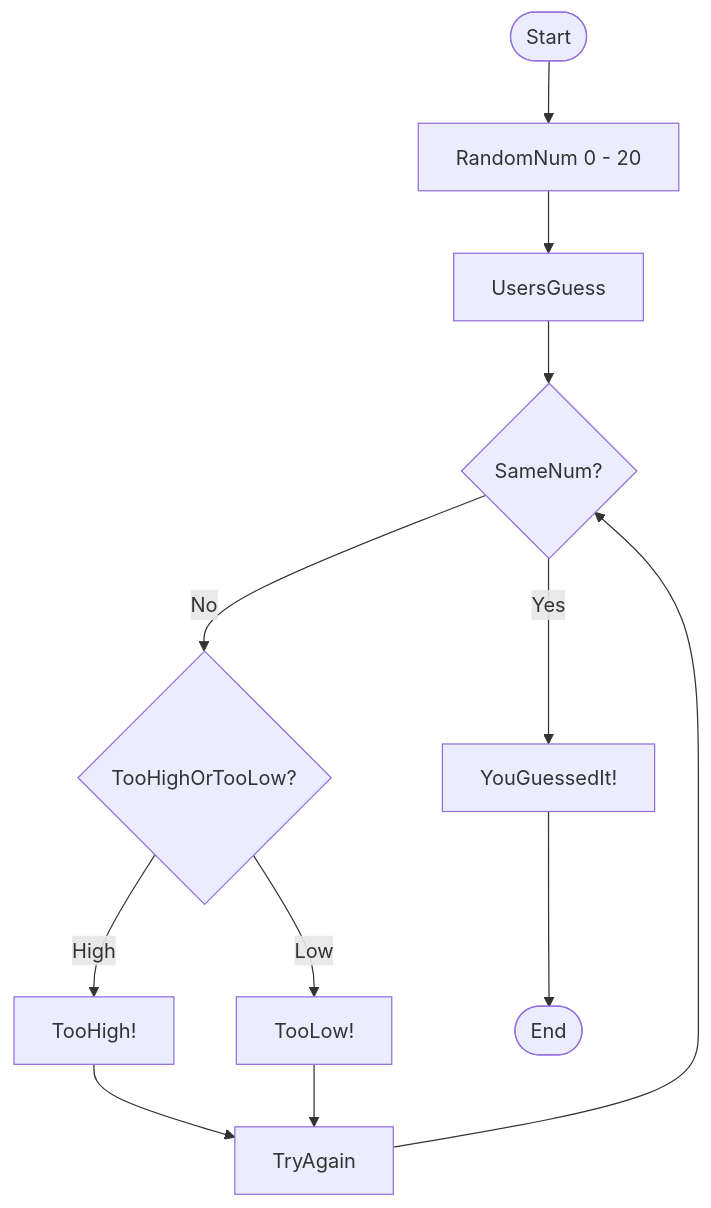
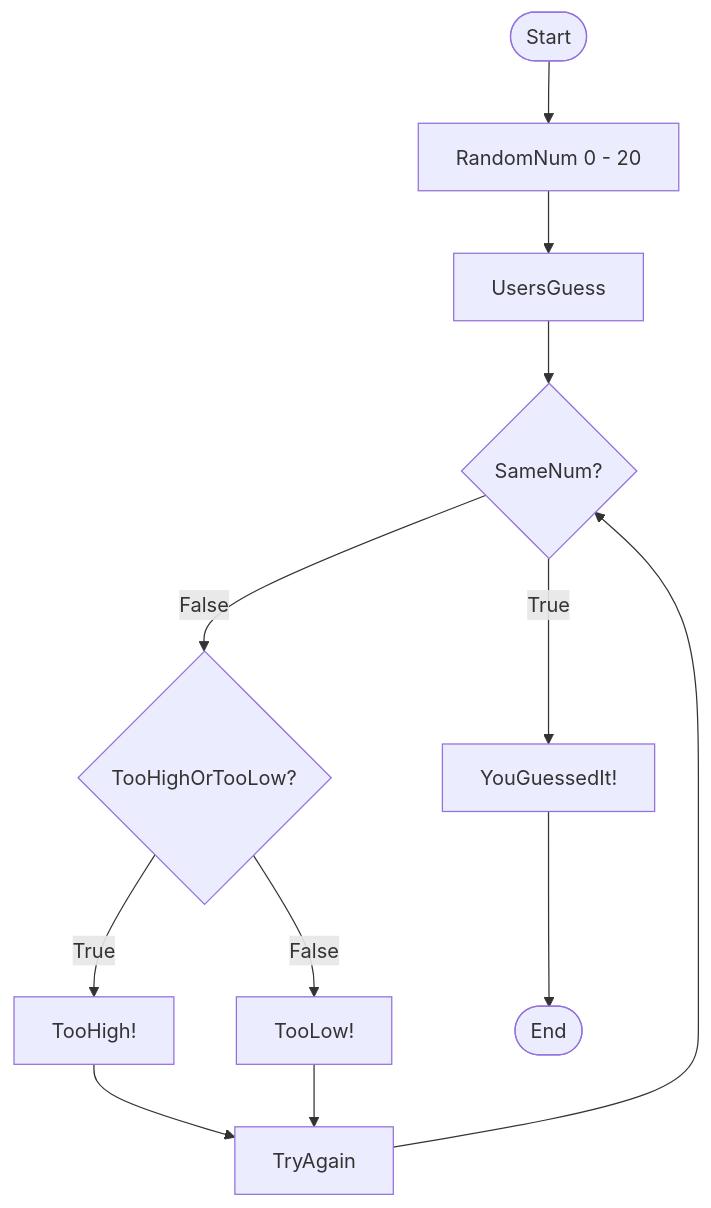
The diagram in README.md (Fate127/Fate127.github.io), drawn with Mermaid before and after one commit.

````diff
--- a/README.md
+++ b/README.md
@@ -22,14 +22,14 @@
 ```mermaid
 flowchart TD
 Start([Start]) --> RandomNum[RandomNum 0 - 20]
 RandomNum --> UsersGuess[UsersGuess]
 UsersGuess --> SameNum?{SameNum?}
-SameNum? -- Yes --> YouGuessedIt![YouGuessedIt!]
-SameNum? -- No --> TooHighOrTooLow?{TooHighOrTooLow?}
-TooHighOrTooLow? -- High --> TooHigh![TooHigh!]
-TooHighOrTooLow? -- Low --> TooLow![TooLow!]
+SameNum? -- True --> YouGuessedIt![YouGuessedIt!]
+SameNum? -- False --> TooHighOrTooLow?{TooHighOrTooLow?}
+TooHighOrTooLow? -- True --> TooHigh![TooHigh!]
+TooHighOrTooLow? -- False --> TooLow![TooLow!]
 TooHigh! --> TryAgain[TryAgain]
 TooLow! --> TryAgain[TryAgain]
 TryAgain --> SameNum?
 YouGuessedIt! --> End([End])
 ```
````
